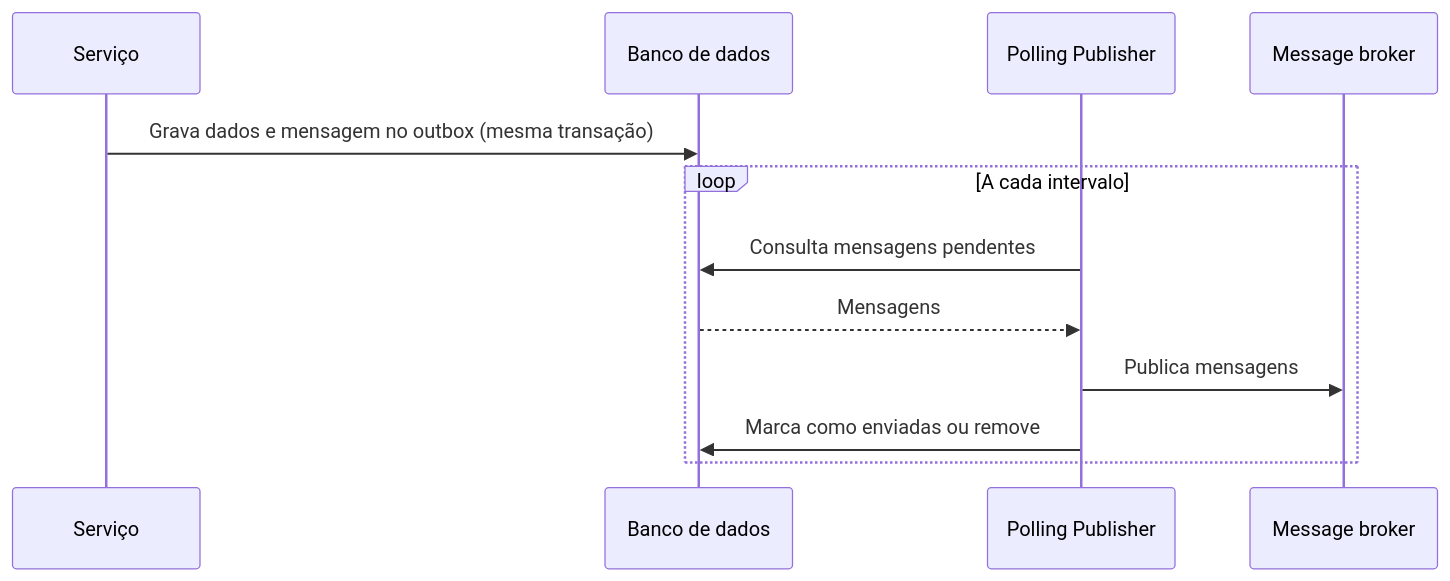
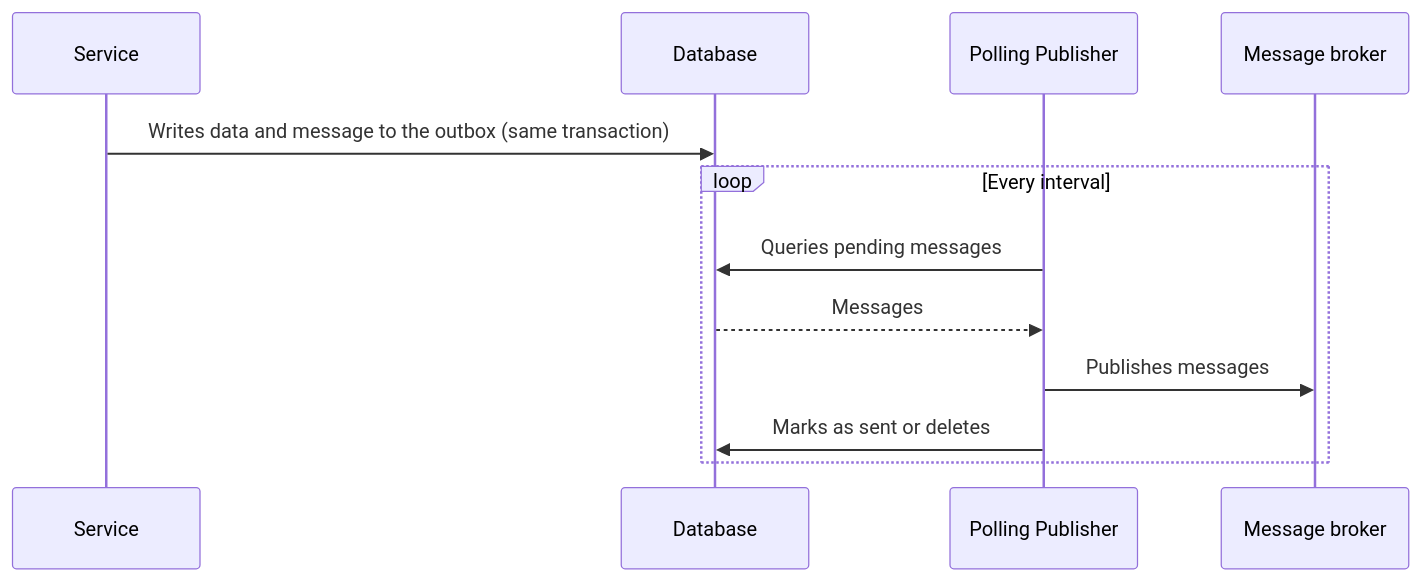
One commit to alancesar/design-patterns changed the diagram in docs/architecture/microservices/transactional-messaging/polling-publisher.md. Above: the diagram before and after it, drawn with Mermaid. The commit also changed 258 other files, not shown here.

First line of the commit message:
Translate Mermaid diagrams to English

````diff
--- a/docs/architecture/microservices/transactional-messaging/polling-publisher.md
+++ b/docs/architecture/microservices/transactional-messaging/polling-publisher.md
@@ -51,14 +51,14 @@
 ```mermaid
 sequenceDiagram
-    participant S as Serviço
-    participant DB as Banco de dados
+    participant S as Service
+    participant DB as Database
     participant P as Polling Publisher
     participant B as Message broker
-    S->>DB: Grava dados e mensagem no outbox (mesma transação)
-    loop A cada intervalo
-        P->>DB: Consulta mensagens pendentes
-        DB-->>P: Mensagens
-        P->>B: Publica mensagens
-        P->>DB: Marca como enviadas ou remove
+    S->>DB: Writes data and message to the outbox (same transaction)
+    loop Every interval
+        P->>DB: Queries pending messages
+        DB-->>P: Messages
+        P->>B: Publishes messages
+        P->>DB: Marks as sent or deletes
     end
 ```
````
